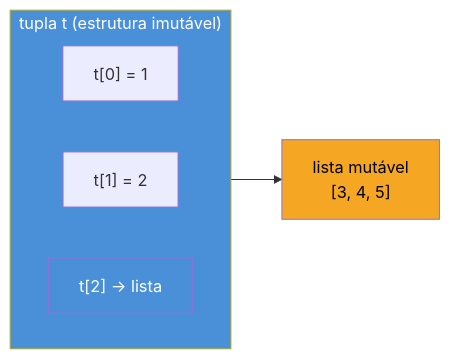
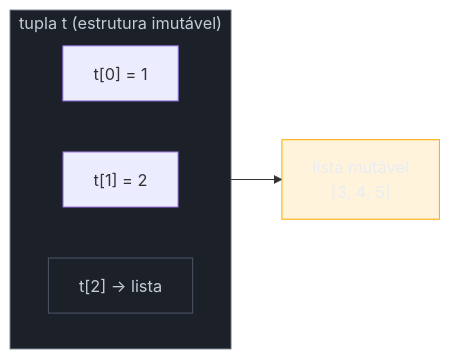
The first of 2 diagrams in 03-Dominios/Tecnologia/Python/Collections e Comprehensions/02 - Tuplas e desempacotamento.md (josenaldo/codex-technomanticus), drawn with Mermaid before and after one commit. The commit also changed 1181 other files, not shown here.

First line of the commit message:
fix(diagramas): paleta do sistema no lugar de cor cravada no markdown

````diff
--- a/03-Dominios/Tecnologia/Python/Collections e Comprehensions/02 - Tuplas e desempacotamento.md
+++ b/03-Dominios/Tecnologia/Python/Collections e Comprehensions/02 - Tuplas e desempacotamento.md
@@ -104,14 +104,16 @@
 ```mermaid
 flowchart LR
+    classDef neutro fill:#1B2029,stroke:#4E5666,color:#C6CCD8
+    classDef destaque fill:#FFAA0024,stroke:#FFAA00,color:#E9ECF2
     subgraph tup["tupla t (estrutura imutável)"]
         direction LR
         e0["t[0] = 1"]
         e1["t[1] = 2"]
         e2["t[2] → lista"]
     end
     e2 --> lst["lista mutável<br/>[3, 4, 5]"]
 
-    style tup fill:#4A90D9,color:#fff
-    style e2 fill:#4A90D9,color:#fff
-    style lst fill:#F5A623,color:#000
+    class tup neutro
+    class e2 neutro
+    class lst destaque
 ```
````
